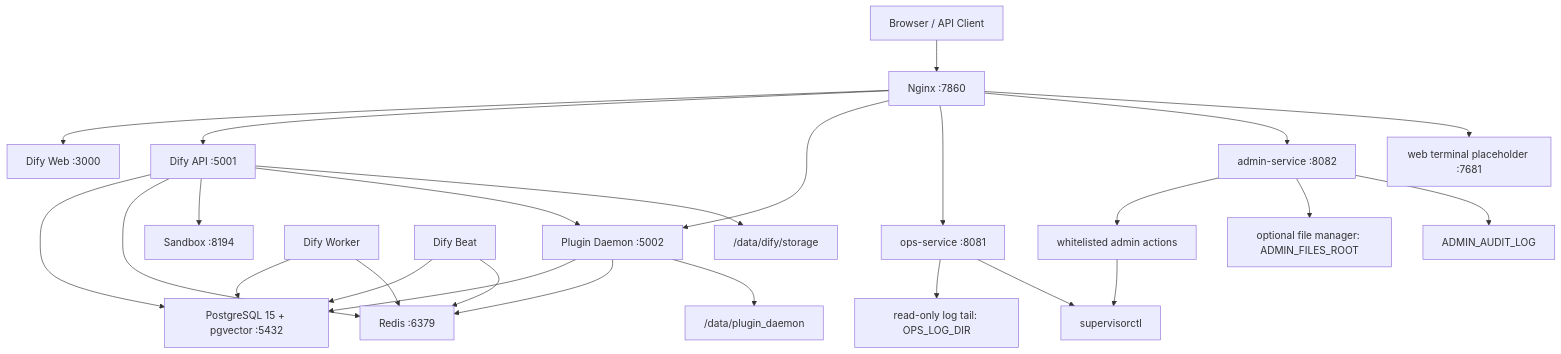
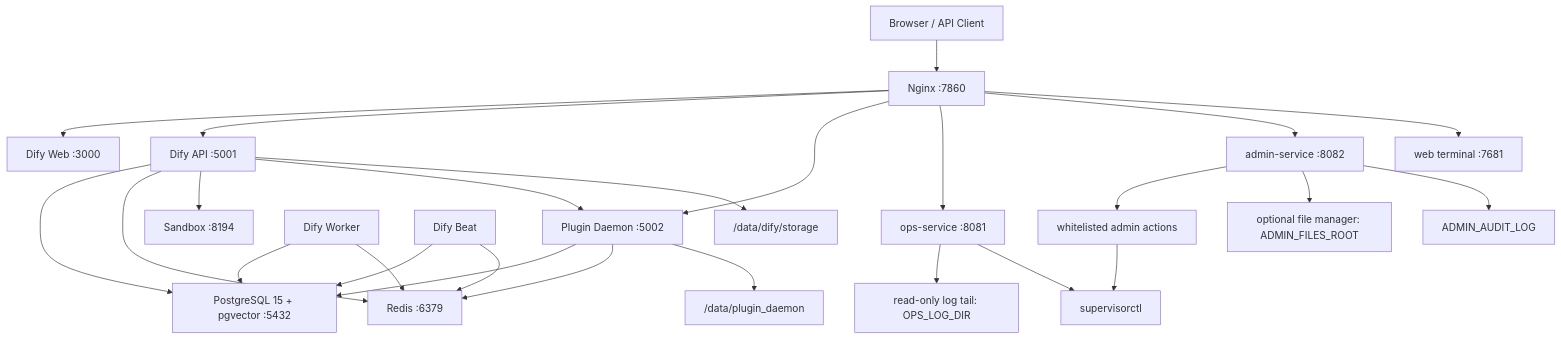
Before and after one commit to BlueSkyXN/Dify-all-in-one-HFS: the first of 3 diagrams in docs/architecture.md, drawn with Mermaid. The commit also changed other lines of this file and 23 other files, not shown here.

````diff
--- a/docs/architecture.md
+++ b/docs/architecture.md
@@ -7,28 +7,28 @@
 ```mermaid
 flowchart TD
     user["Browser / API Client"] --> nginx["Nginx :7860"]
     nginx --> web["Dify Web :3000"]
     nginx --> api["Dify API :5001"]
     nginx --> plugin["Plugin Daemon :5002"]
     nginx --> ops["ops-service :8081"]
     nginx --> admin["admin-service :8082"]
-    nginx --> terminal["web terminal placeholder :7681"]
+    nginx --> terminal["web terminal :7681"]
     api --> postgres["PostgreSQL 15 + pgvector :5432"]
     api --> redis["Redis :6379"]
     api --> sandbox["Sandbox :8194"]
     api --> plugin
     worker["Dify Worker"] --> postgres
     worker --> redis
     beat["Dify Beat"] --> postgres
     beat --> redis
     plugin --> postgres
     plugin --> redis
     plugin --> data_plugin["/data/plugin_daemon"]
     api --> data_storage["/data/dify/storage"]
     ops --> logs["read-only log tail: OPS_LOG_DIR"]
     ops --> supervisor["supervisorctl"]
     admin --> admin_actions["whitelisted admin actions"]
     admin --> admin_files["optional file manager: ADMIN_FILES_ROOT"]
     admin --> admin_audit["ADMIN_AUDIT_LOG"]
     admin_actions --> supervisor
 ```
````
